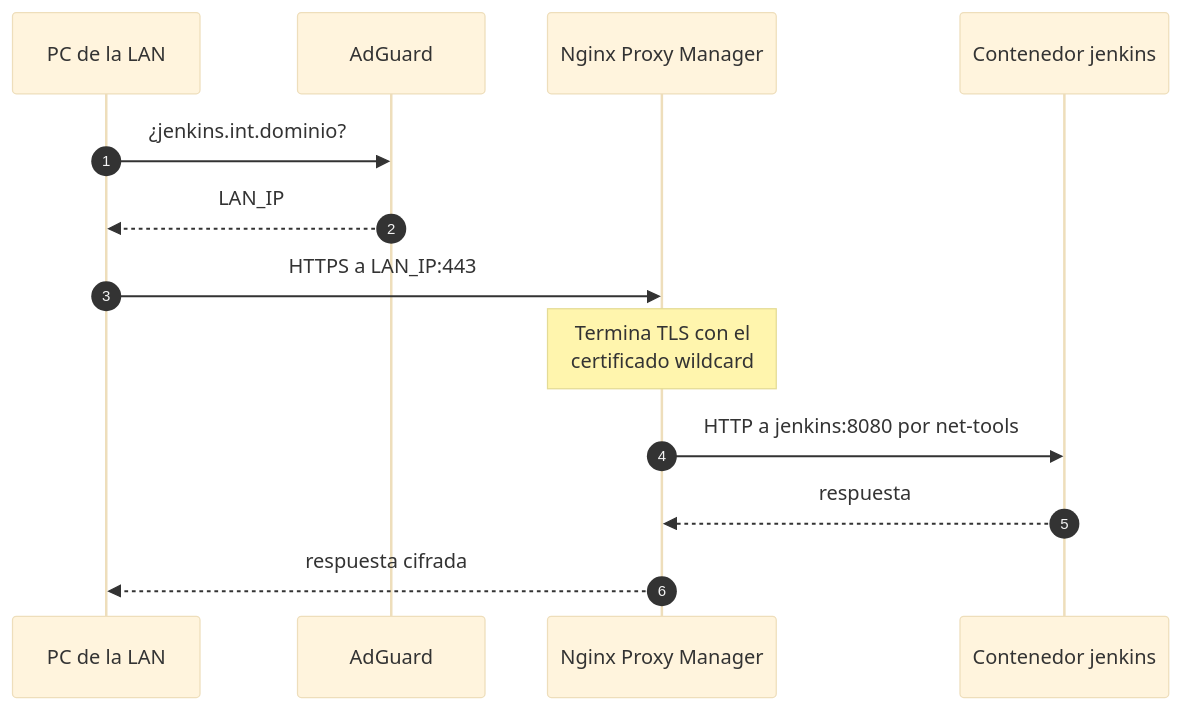
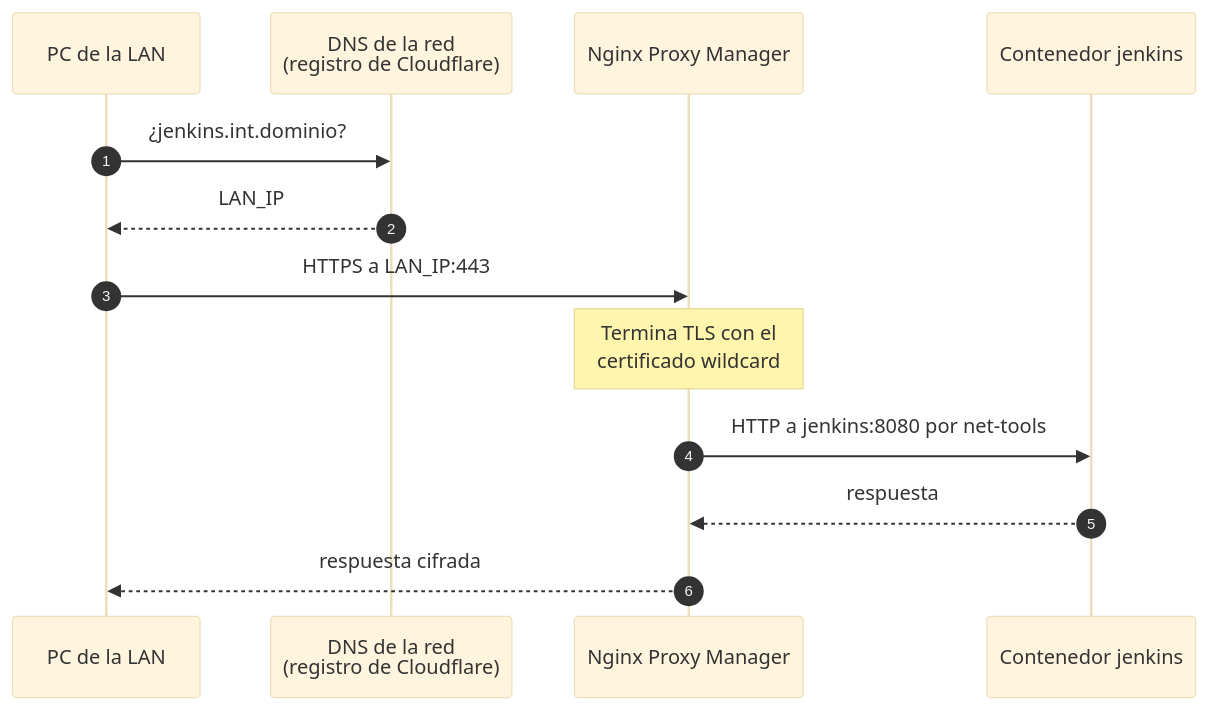
The fourth of 5 diagrams in docs/arquitectura/07-redes-y-dns.md (TorresMBA/mercury-devops-lab), drawn with Mermaid (base theme) before and after one commit. The commit also changed other lines of this file and 10 other files, not shown here.

First line of the commit message:
fix(host): puertos en LAN_IP aunque la IP llegue tarde, menos series de cAdvisor y DNS público *.int

````diff
--- a/docs/arquitectura/07-redes-y-dns.md
+++ b/docs/arquitectura/07-redes-y-dns.md
@@ -201,16 +205,16 @@
 ```mermaid
 sequenceDiagram
   autonumber
   participant PC as PC de la LAN
-  participant AG as AdGuard
+  participant DNS as DNS de la red<br/>(registro de Cloudflare)
   participant NPM as Nginx Proxy Manager
   participant J as Contenedor jenkins
 
-  PC->>AG: ¿jenkins.int.dominio?
-  AG-->>PC: LAN_IP
+  PC->>DNS: ¿jenkins.int.dominio?
+  DNS-->>PC: LAN_IP
   PC->>NPM: HTTPS a LAN_IP:443
   Note over NPM: Termina TLS con el<br/>certificado wildcard
   NPM->>J: HTTP a jenkins:8080 por net-tools
   J-->>NPM: respuesta
   NPM-->>PC: respuesta cifrada
 ```
````
